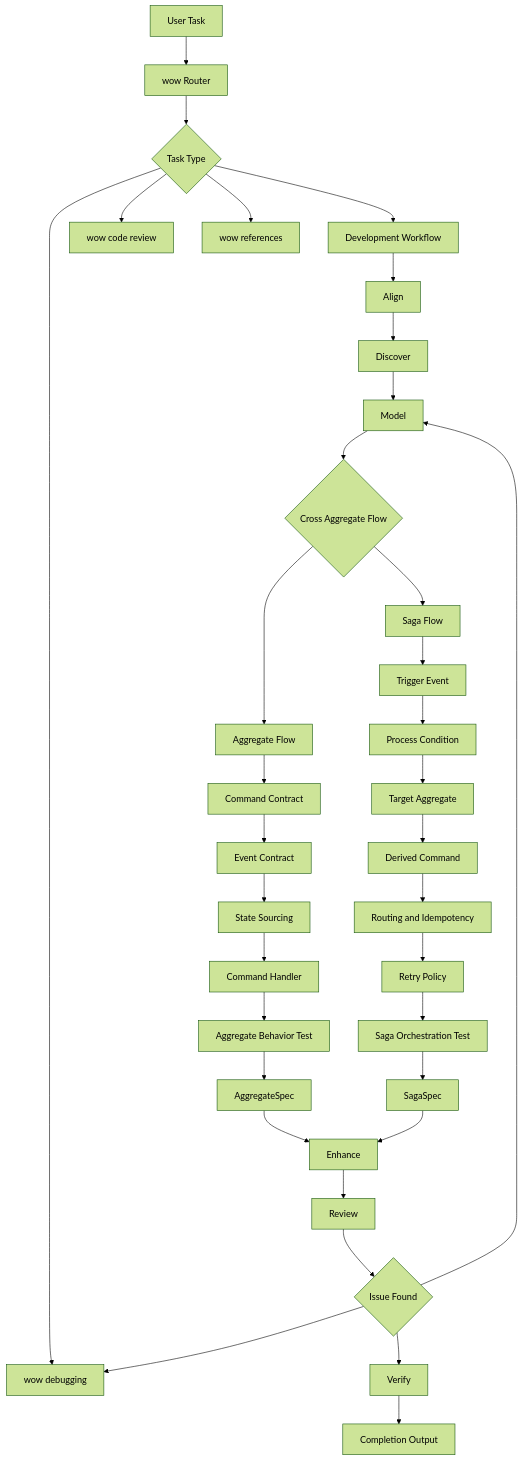
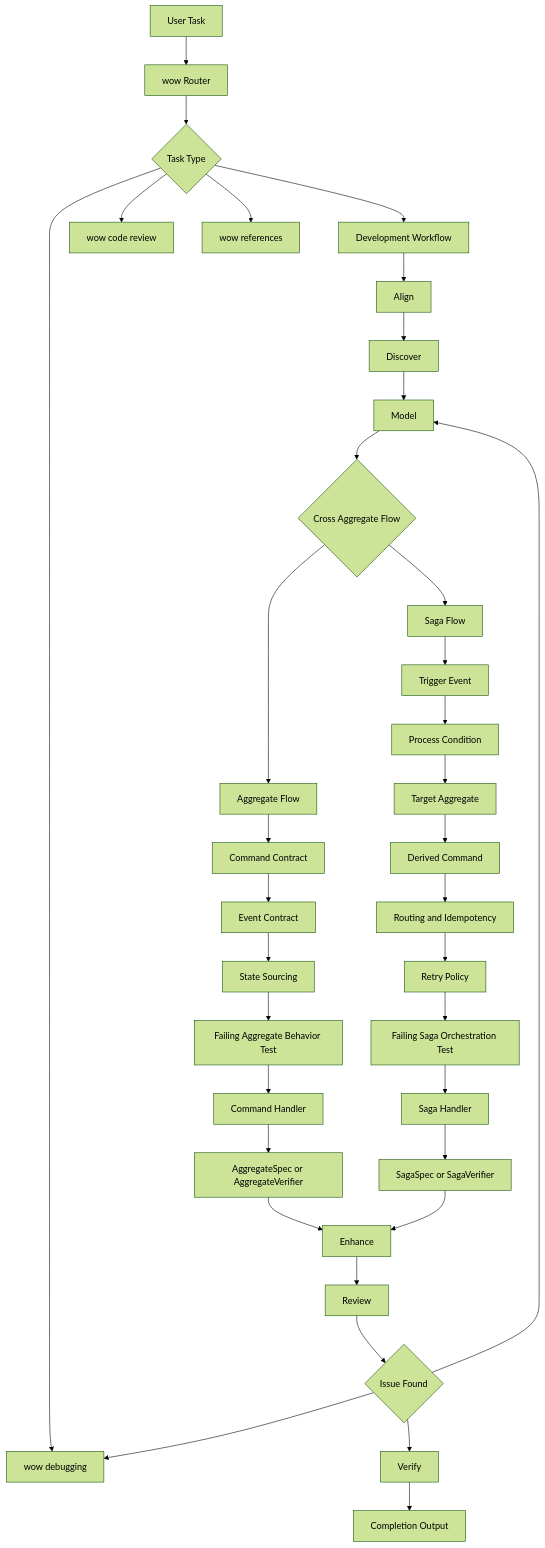
The diagram in skills/wow-development-workflow/SKILL.md (Ahoo-Wang/Wow), drawn with Mermaid (forest theme) before and after one commit. The commit also changed other lines of this file and 21 other files, not shown here.

````diff
--- a/skills/wow-development-workflow/SKILL.md
+++ b/skills/wow-development-workflow/SKILL.md
@@ -41,42 +42,43 @@
 ```mermaid
 graph TD
     A[User Task] --> B[wow Router]
     B --> C{Task Type}
     C --> D[Development Workflow]
     C --> R[wow code review]
     C --> G[wow debugging]
     C --> K[wow references]
 
     D --> D0[Align]
     D0 --> D1[Discover]
     D1 --> D2[Model]
     D2 --> X{Cross Aggregate Flow}
 
     X --> A1[Aggregate Flow]
     X --> S1[Saga Flow]
 
     A1 --> A2[Command Contract]
     A2 --> A3[Event Contract]
     A3 --> A4[State Sourcing]
-    A4 --> A5[Command Handler]
-    A5 --> AT[Aggregate Behavior Test]
-    AT --> ATS[AggregateSpec]
+    A4 --> AT[Failing Aggregate Behavior Test]
+    AT --> A5[Command Handler]
+    A5 --> ATS[AggregateSpec or AggregateVerifier]
 
     S1 --> S2[Trigger Event]
     S2 --> S3[Process Condition]
     S3 --> S4[Target Aggregate]
     S4 --> S5[Derived Command]
     S5 --> S6[Routing and Idempotency]
     S6 --> S7[Retry Policy]
-    S7 --> ST[Saga Orchestration Test]
-    ST --> STS[SagaSpec]
+    S7 --> ST[Failing Saga Orchestration Test]
+    ST --> S8[Saga Handler]
+    S8 --> STS[SagaSpec or SagaVerifier]
 
     ATS --> E[Enhance]
     STS --> E
     E --> RV[Review]
     RV --> Q{Issue Found}
     Q --> D2
     Q --> G
     Q --> V[Verify]
     V --> DONE[Completion Output]
 ```
````
